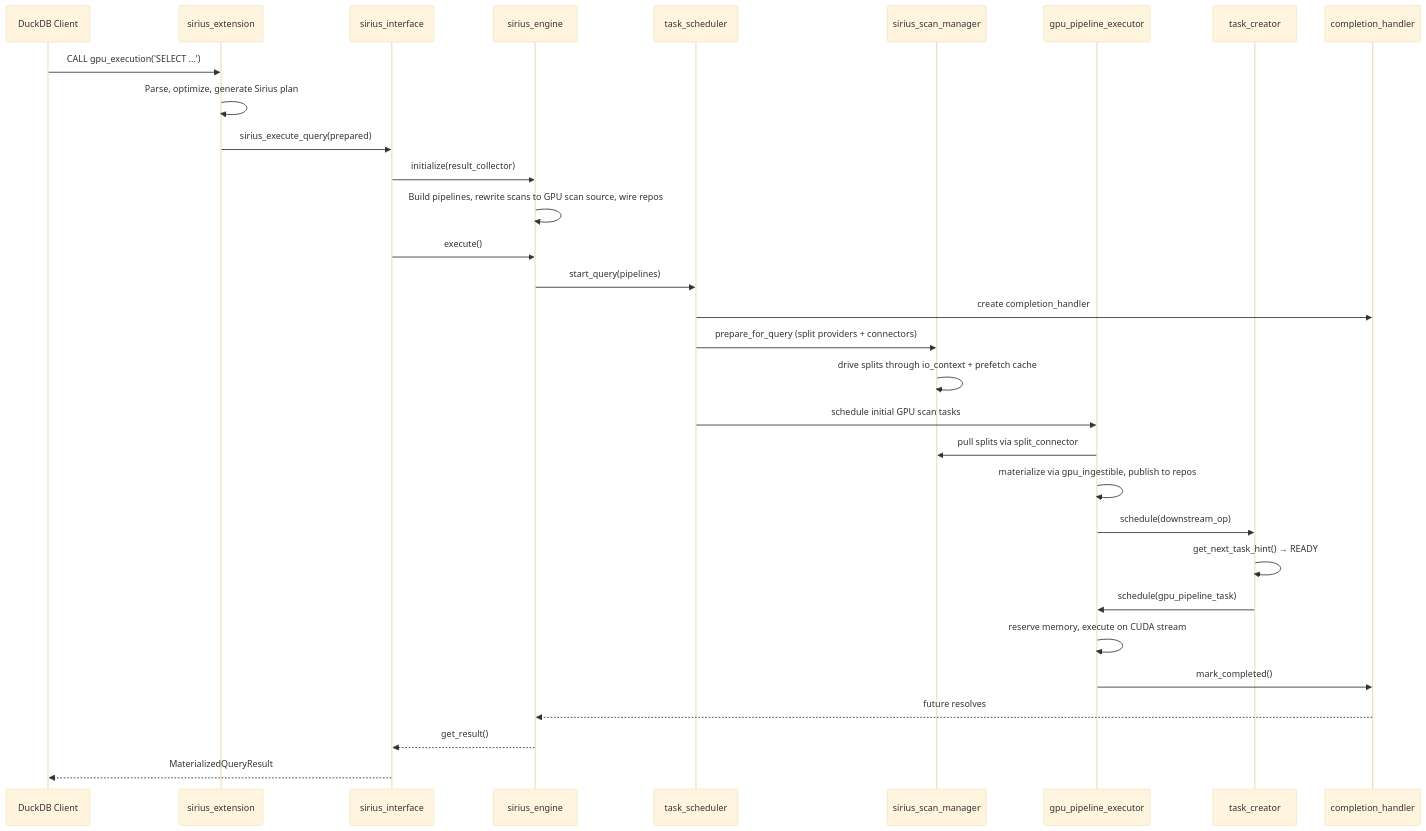
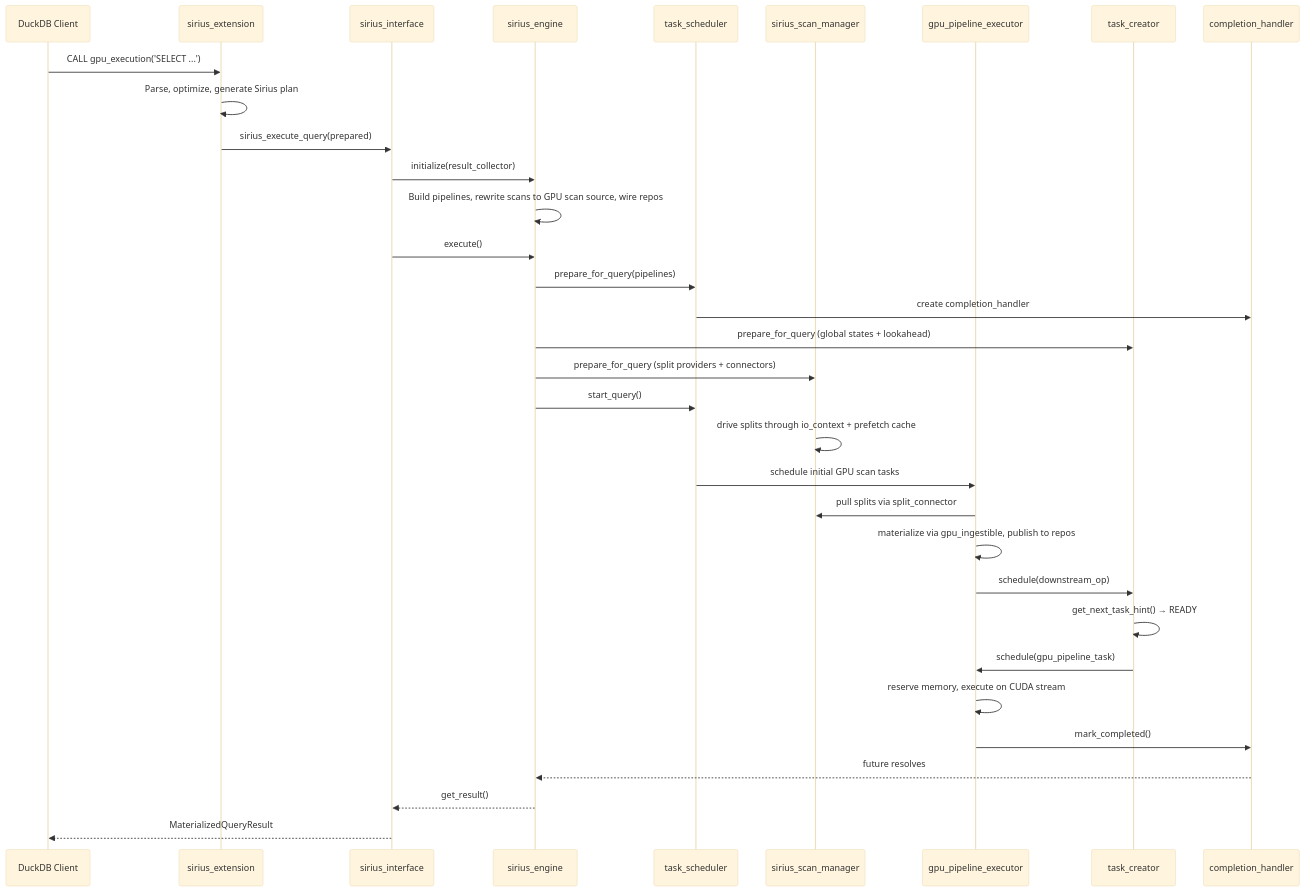
The diagram in docs/super-sirius/execution-flow.md (sirius-db/sirius), drawn with Mermaid (base theme) before and after one commit. The commit also changed other lines of this file and 33 other files, not shown here.

````diff
--- a/docs/super-sirius/execution-flow.md
+++ b/docs/super-sirius/execution-flow.md
@@ -199,34 +204,36 @@
 ```mermaid
 sequenceDiagram
     participant User as DuckDB Client
     participant Ext as sirius_extension
     participant Iface as sirius_interface
     participant Engine as sirius_engine
     participant PE as task_scheduler
     participant SM as sirius_scan_manager
     participant GPE as gpu_pipeline_executor
     participant TC as task_creator
     participant CH as completion_handler
 
     User->>Ext: CALL gpu_execution('SELECT ...')
     Ext->>Ext: Parse, optimize, generate Sirius plan
     Ext->>Iface: sirius_execute_query(prepared)
     Iface->>Engine: initialize(result_collector)
     Engine->>Engine: Build pipelines, rewrite scans to GPU scan source, wire repos
     Iface->>Engine: execute()
-    Engine->>PE: start_query(pipelines)
+    Engine->>PE: prepare_for_query(pipelines)
     PE->>CH: create completion_handler
-    PE->>SM: prepare_for_query (split providers + connectors)
+    Engine->>TC: prepare_for_query (global states + lookahead)
+    Engine->>SM: prepare_for_query (split providers + connectors)
+    Engine->>PE: start_query()
     SM->>SM: drive splits through io_context + prefetch cache
     PE->>GPE: schedule initial GPU scan tasks
     GPE->>SM: pull splits via split_connector
     GPE->>GPE: materialize via gpu_ingestible, publish to repos
     GPE->>TC: schedule(downstream_op)
     TC->>TC: get_next_task_hint() → READY
     TC->>GPE: schedule(gpu_pipeline_task)
     GPE->>GPE: reserve memory, execute on CUDA stream
     GPE->>CH: mark_completed()
     CH-->>Engine: future resolves
     Engine-->>Iface: get_result()
     Iface-->>User: MaterializedQueryResult
 ```
````
